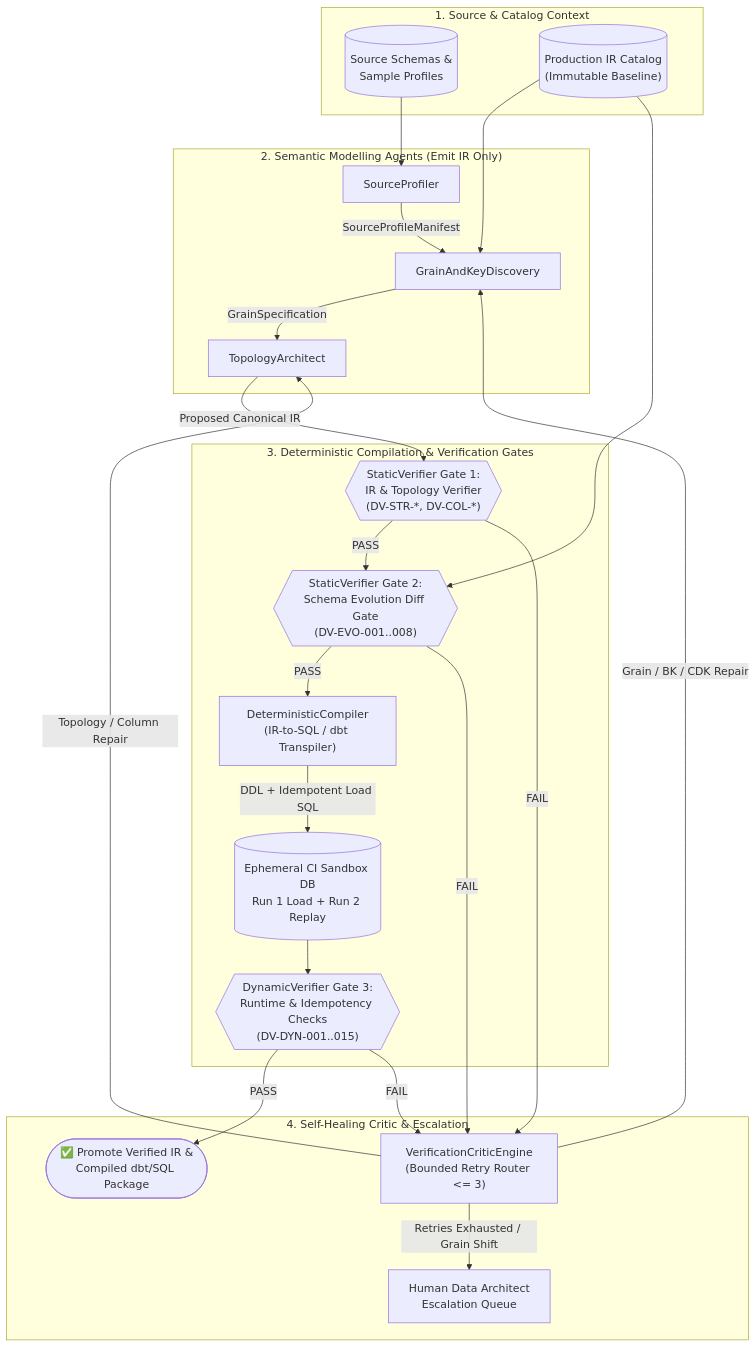
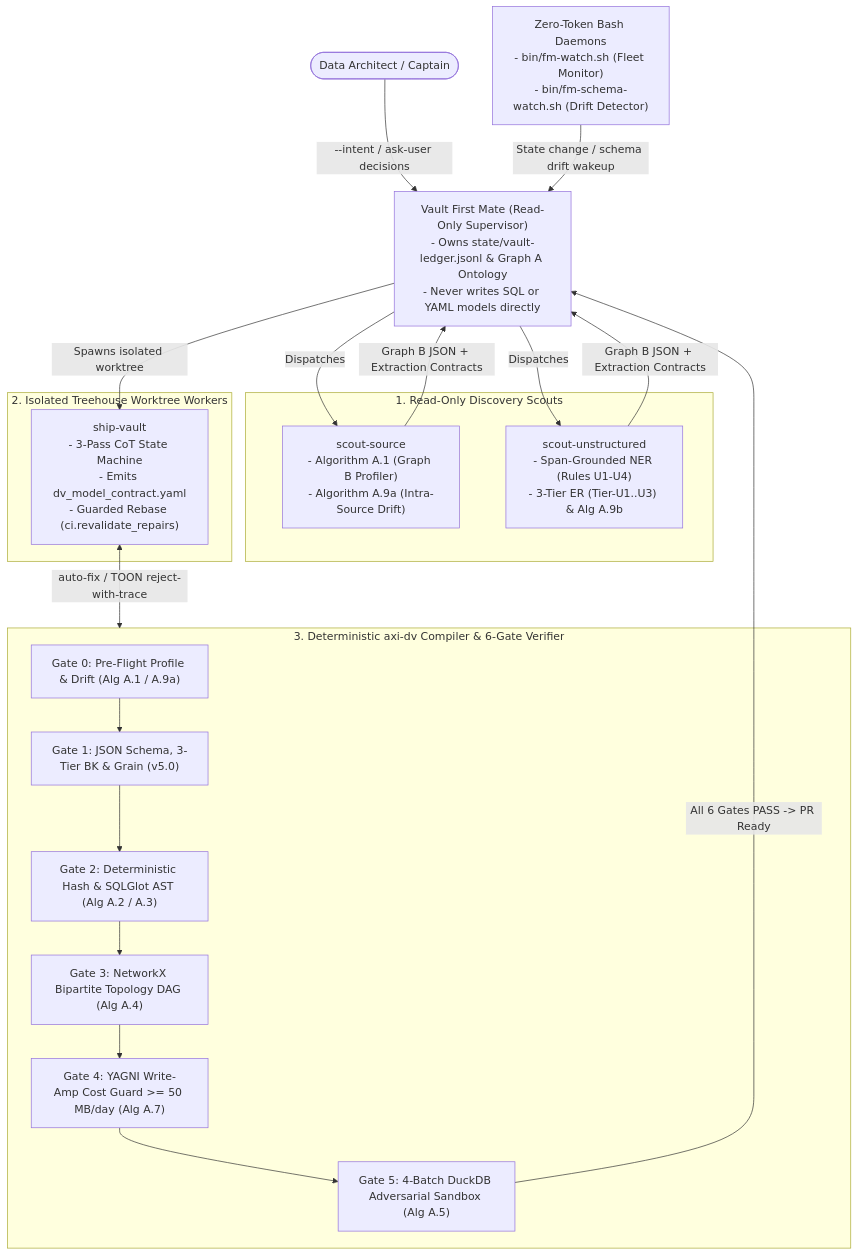
One commit to nogoo9/open-dv changed the diagram in README.md. Above: the diagram before and after it, drawn with Mermaid. The commit also changed other lines of this file and 9 other files, not shown here.

Commit message:
docs(dv2): integrate No-Mistake Agentic DV 2.0 v6.0 guide, schemas, and reference algorithms

````diff
--- a/README.md
+++ b/README.md
@@ -28,44 +34,33 @@
 ```mermaid
 flowchart TB
-    subgraph Source_Layer ["1. Source & Catalog Context"]
-        SRC[("Source Schemas &<br/>Sample Profiles")]
-        CAT[("Production IR Catalog<br/>(Immutable Baseline)")]
+    User(["Data Architect / Captain"])
+    FM["Vault First Mate (Read-Only Supervisor)\n- Owns state/vault-ledger.jsonl & Graph A Ontology\n- Never writes SQL or YAML models directly"]
+    Watch["Zero-Token Bash Daemons\n- bin/fm-watch.sh (Fleet Monitor)\n- bin/fm-schema-watch.sh (Drift Detector)"]
+
+    subgraph Scouts ["1. Read-Only Discovery Scouts"]
+        SS["scout-source\n- Algorithm A.1 (Graph B Profiler)\n- Algorithm A.9a (Intra-Source Drift)"]
+        SU["scout-unstructured\n- Span-Grounded NER (Rules U1-U4)\n- 3-Tier ER (Tier-U1..U3) & Alg A.9b"]
     end
 
-    subgraph Agentic_Modelling_Swarm ["2. Semantic Modelling Agents (Emit IR Only)"]
-        A1["SourceProfiler"]
-        A2["GrainAndKeyDiscovery"]
-        A3["TopologyArchitect"]
-        A1 -- "SourceProfileManifest" --> A2
-        A2 -- "GrainSpecification" --> A3
+    subgraph Worktrees ["2. Isolated Treehouse Worktree Workers"]
+        SW["ship-vault\n- 3-Pass CoT State Machine\n- Emits dv_model_contract.yaml\n- Guarded Rebase (ci.revalidate_repairs)"]
     end
 
-    subgraph Symbolic_Enforcement_Plane ["3. Deterministic Compilation & Verification Gates"]
-        G1{{"StaticVerifier Gate 1:<br/>IR & Topology Verifier<br/>(DV-STR-*, DV-COL-*)"}}
-        G2{{"StaticVerifier Gate 2:<br/>Schema Evolution Diff Gate<br/>(DV-EVO-001..008)"}}
-        COMP["DeterministicCompiler<br/>(IR-to-SQL / dbt Transpiler)"]
-        SBX[("Ephemeral CI Sandbox DB<br/>Run 1 Load + Run 2 Replay")]
-        G3{{"DynamicVerifier Gate 3:<br/>Runtime & Idempotency Checks<br/>(DV-DYN-001..015)"}}
+    subgraph AxiDV ["3. Deterministic axi-dv Compiler & 6-Gate Verifier"]
+        G0["Gate 0: Pre-Flight Profile & Drift (Alg A.1 / A.9a)"]
+        G1["Gate 1: JSON Schema, 3-Tier BK & Grain (v5.0)"]
+        G2["Gate 2: Deterministic Hash & SQLGlot AST (Alg A.2 / A.3)"]
+        G3["Gate 3: NetworkX Bipartite Topology DAG (Alg A.4)"]
+        G4["Gate 4: YAGNI Write-Amp Cost Guard >= 50 MB/day (Alg A.7)"]
+        G5["Gate 5: 4-Batch DuckDB Adversarial Sandbox (Alg A.5)"]
+        G0 --> G1 --> G2 --> G3 --> G4 --> G5
     end
 
-    subgraph Critic_Feedback_Router ["4. Self-Healing Critic & Escalation"]
-        CRITIC["VerificationCriticEngine<br/>(Bounded Retry Router <= 3)"]
-        ESC["Human Data Architect<br/>Escalation Queue"]
-        PROMOTE(["✅ Promote Verified IR &<br/>Compiled dbt/SQL Package"])
-    end
-
-    SRC --> A1
-    CAT --> A2 & G2
-    A3 -- "Proposed Canonical IR" --> G1
-    G1 -- "PASS" --> G2
-    G1 -- "FAIL" --> CRITIC
-    G2 -- "PASS" --> COMP
-    G2 -- "FAIL" --> CRITIC
-    COMP -- "DDL + Idempotent Load SQL" --> SBX
-    SBX --> G3
-    G3 -- "PASS" --> PROMOTE
-    G3 -- "FAIL" --> CRITIC
-    CRITIC -- "Topology / Column Repair" --> A3
-    CRITIC -- "Grain / BK / CDK Repair" --> A2
-    CRITIC -- "Retries Exhausted / Grain Shift" --> ESC
+    User -- "--intent / ask-user decisions" --> FM
+    Watch -- "State change / schema drift wakeup" --> FM
+    FM -- "Dispatches" --> SS & SU
+    SS & SU -- "Graph B JSON + Extraction Contracts" --> FM
+    FM -- "Spawns isolated worktree" --> SW
+    SW <-->|"auto-fix / TOON reject-with-trace"| AxiDV
+    G5 -- "All 6 Gates PASS -> PR Ready" --> FM
 ```
````
